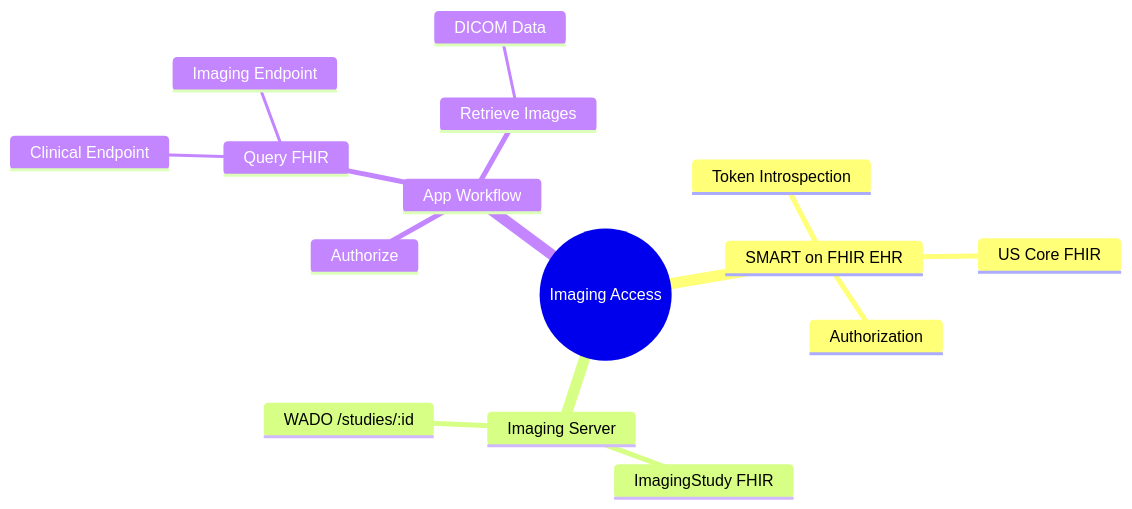
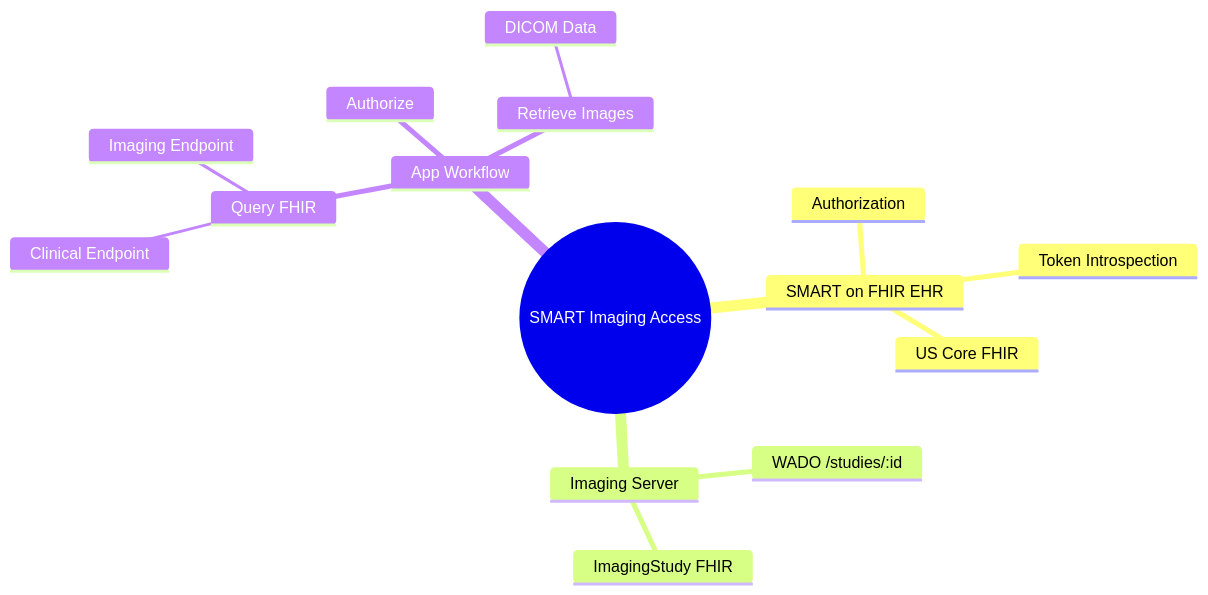
The first of 4 diagrams in diagrams.md (jmandel/smart-imaging), drawn with Mermaid before and after one commit.

````diff
--- a/diagrams.md
+++ b/diagrams.md
@@ -2,18 +2,18 @@
 ```mermaid
 mindmap
-  root((Imaging Access))
+  root((SMART Imaging Access))
     SMART on FHIR EHR
       Authorization
       Token Introspection
       US Core FHIR
     Imaging Server
       ImagingStudy FHIR
       WADO /studies/:id
     App Workflow
       Authorize
       Query FHIR
         Clinical Endpoint
         Imaging Endpoint
       Retrieve Images
         DICOM Data
 ```
````
